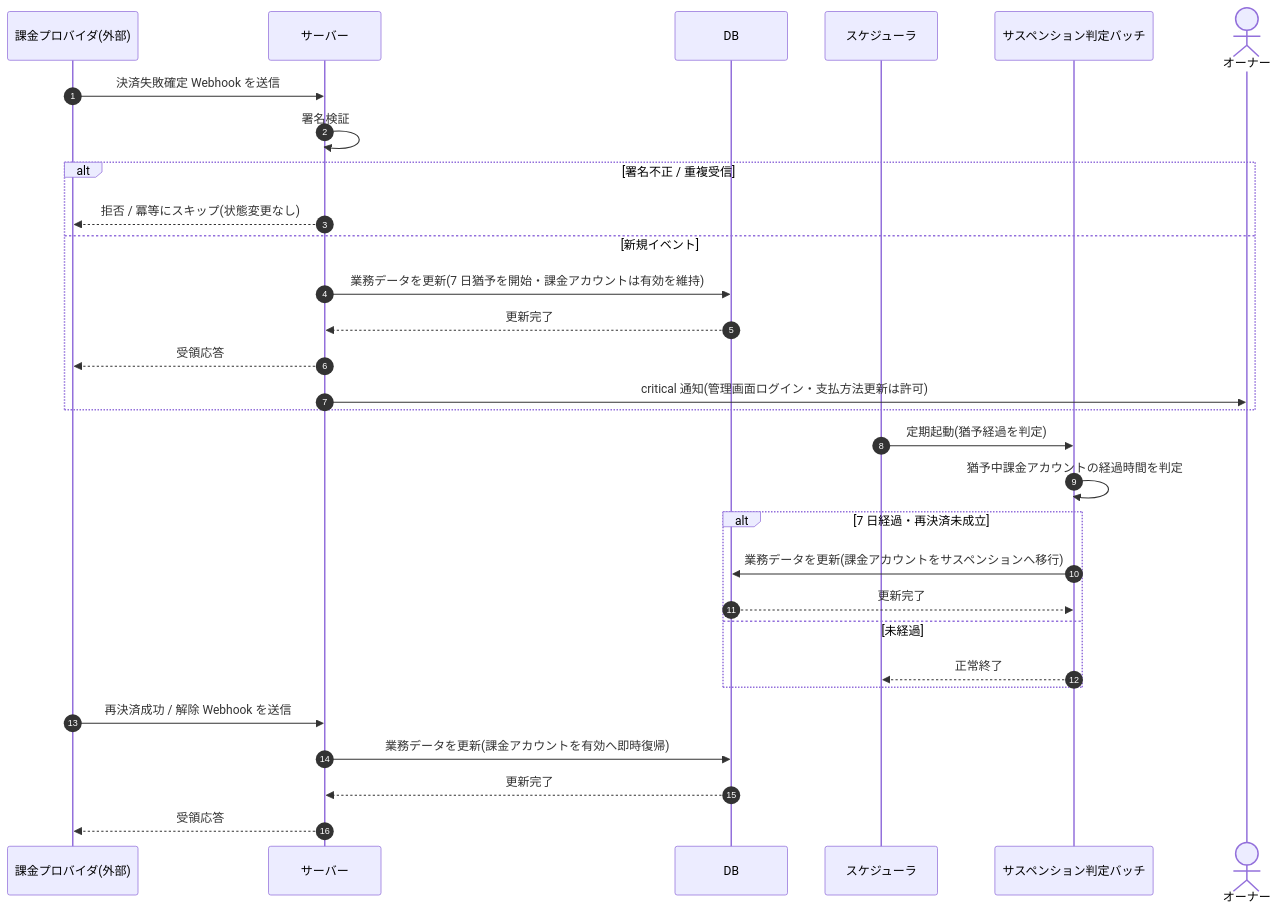
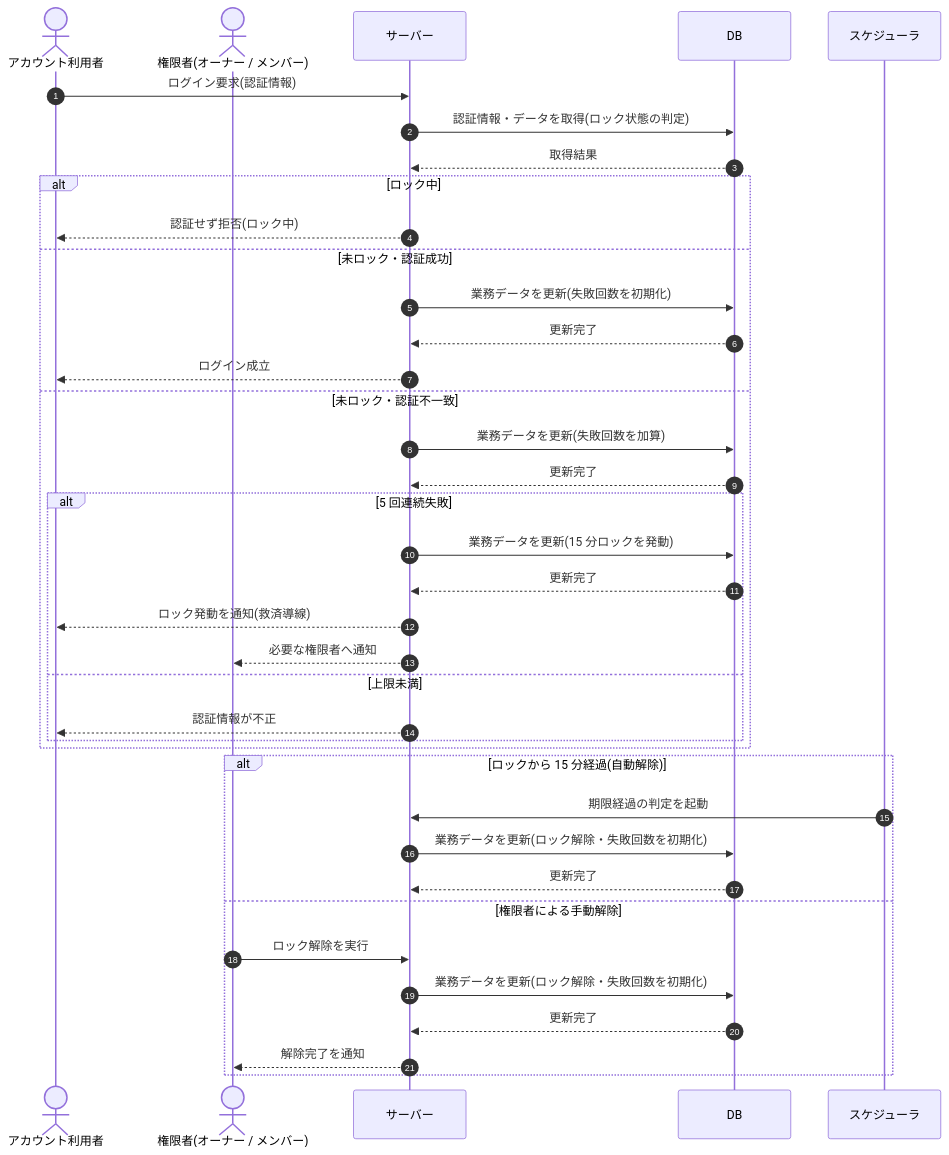
Before and after one commit to sikakou54/open-faq: the diagram in 02_basic_design/03_sequences/SEQ-101.md, drawn with Mermaid. The commit also changed other lines of this file and 395 other files, not shown here.

````diff
--- a/02_basic_design/03_sequences/SEQ-101.md
+++ b/02_basic_design/03_sequences/SEQ-101.md
@@ -25,32 +25,40 @@
 ```mermaid
 sequenceDiagram
   autonumber
-  participant P as 課金プロバイダ(外部)
+  actor U as アカウント利用者
+  actor M as 権限者(オーナー / メンバー)
   participant Server as サーバー
   participant DB as DB
   participant SCH as スケジューラ
-  participant B as サスペンション判定バッチ
-  actor O as オーナー
-  P->>Server: 決済失敗確定 Webhook を送信
-  Server->>Server: 署名検証
-  alt 署名不正 / 重複受信
-    Server-->>P: 拒否 / 冪等にスキップ(状態変更なし)
-  else 新規イベント
-    Server->>DB: 業務データを更新(7 日猶予を開始・課金アカウントは有効を維持)
+  U->>Server: ログイン要求(認証情報)
+  Server->>DB: 認証情報・データを取得(ロック状態の判定)
+  DB-->>Server: 取得結果
+  alt ロック中
+    Server-->>U: 認証せず拒否(ロック中)
+  else 未ロック・認証成功
+    Server->>DB: 業務データを更新(失敗回数を初期化)
     DB-->>Server: 更新完了
-    Server-->>P: 受領応答
-    Server->>O: critical 通知(管理画面ログイン・支払方法更新は許可)
+    Server-->>U: ログイン成立
+  else 未ロック・認証不一致
+    Server->>DB: 業務データを更新(失敗回数を加算)
+    DB-->>Server: 更新完了
+    alt 5 回連続失敗
+      Server->>DB: 業務データを更新(15 分ロックを発動)
+      DB-->>Server: 更新完了
+      Server-->>U: ロック発動を通知(救済導線)
+      Server-->>M: 必要な権限者へ通知
+    else 上限未満
+      Server-->>U: 認証情報が不正
+    end
   end
-  SCH->>B: 定期起動(猶予経過を判定)
-  B->>B: 猶予中課金アカウントの経過時間を判定
-  alt 7 日経過・再決済未成立
-    B->>DB: 業務データを更新(課金アカウントをサスペンションへ移行)
-    DB-->>B: 更新完了
-  else 未経過
-    B-->>SCH: 正常終了
+  alt ロックから 15 分経過(自動解除)
+    SCH->>Server: 期限経過の判定を起動
+    Server->>DB: 業務データを更新(ロック解除・失敗回数を初期化)
+    DB-->>Server: 更新完了
+  else 権限者による手動解除
+    M->>Server: ロック解除を実行
+    Server->>DB: 業務データを更新(ロック解除・失敗回数を初期化)
+    DB-->>Server: 更新完了
+    Server-->>M: 解除完了を通知
   end
-  P->>Server: 再決済成功 / 解除 Webhook を送信
-  Server->>DB: 業務データを更新(課金アカウントを有効へ即時復帰)
-  DB-->>Server: 更新完了
-  Server-->>P: 受領応答
 ```
````
